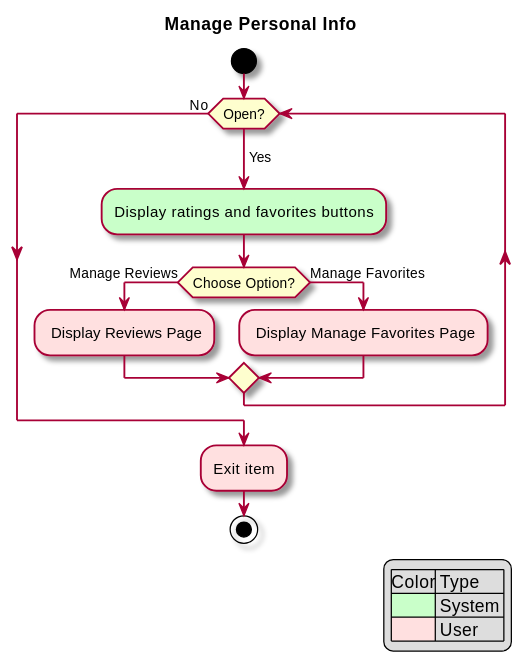
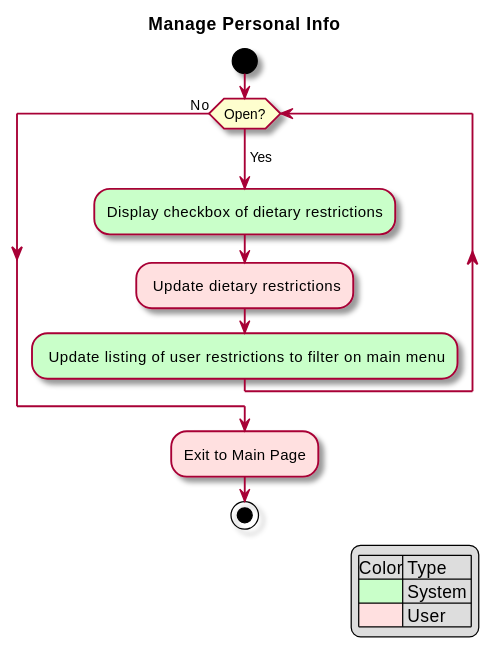
Before and after one commit to sashap100/Vassar-Dining-App: the diagram in intellij/doc/use-cases/manage-personal-info.md, drawn with PlantUML.

Commit message:
Change manage profile to handling dietary restrictions

````diff
--- a/intellij/doc/use-cases/manage-personal-info.md
+++ b/intellij/doc/use-cases/manage-personal-info.md
@@ -21,23 +21,20 @@
 ```plantuml
 @startuml
 legend right
     |Color| Type |
     |<#technology>| System |
     |<#implementation>| User |
 endlegend
 skin rose
 title Manage Personal Info
 
 start
 while (Open?) is (\nYes)
-#technology:Display ratings and favorites buttons;
-If (Choose Option?) then (Manage Reviews)
-    #implementation: Display Reviews Page;
-else (Manage Favorites)
-     #implementation: Display Manage Favorites Page;
-endif
+#technology:Display checkbox of dietary restrictions;
+#implementation: Update dietary restrictions;
+#technology: Update listing of user restrictions to filter on main menu;
 endwhile (No)
-#implementation:Exit item;
+#implementation:Exit to Main Page;
 stop
 @enduml
 ```
````
